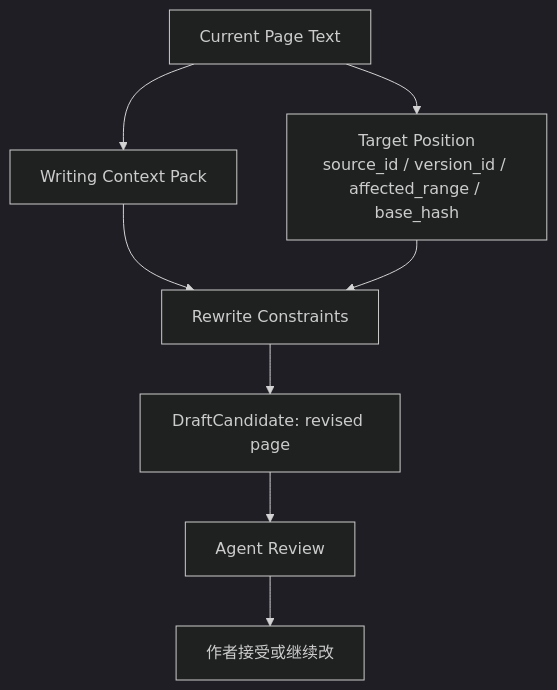
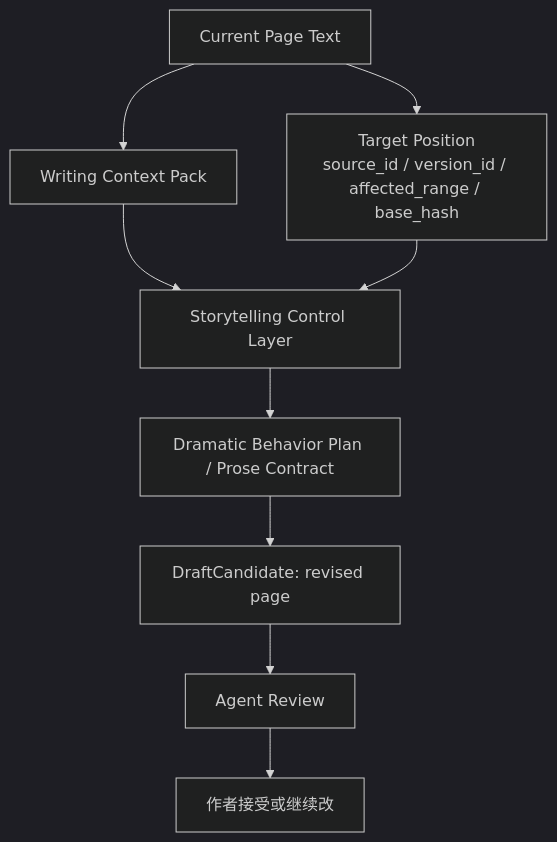
Before and after one commit to FrankQDWang/sextantlabs: the second of 3 diagrams in goals/23-next-page-agent.md, drawn with Mermaid (dark theme). The commit also changed other lines of this file and 13 other files, not shown here.

First line of the commit message:
设计 Storytelling Control Layer：角色扩展与戏剧化转译

````diff
--- a/goals/23-next-page-agent.md
+++ b/goals/23-next-page-agent.md
@@ -96,10 +106,11 @@
 ```mermaid
 flowchart TD
     A[Current Page Text] --> B[Writing Context Pack]
     A --> C[Target Position\nsource_id / version_id / affected_range / base_hash]
-    B --> D[Rewrite Constraints]
+    B --> D[Storytelling Control Layer]
     C --> D
-    D --> E[DraftCandidate: revised page]
-    E --> F[Agent Review]
-    F --> G[作者接受或继续改]
+    D --> E[Dramatic Behavior Plan / Prose Contract]
+    E --> F[DraftCandidate: revised page]
+    F --> G[Agent Review]
+    G --> H[作者接受或继续改]
 ```
````
